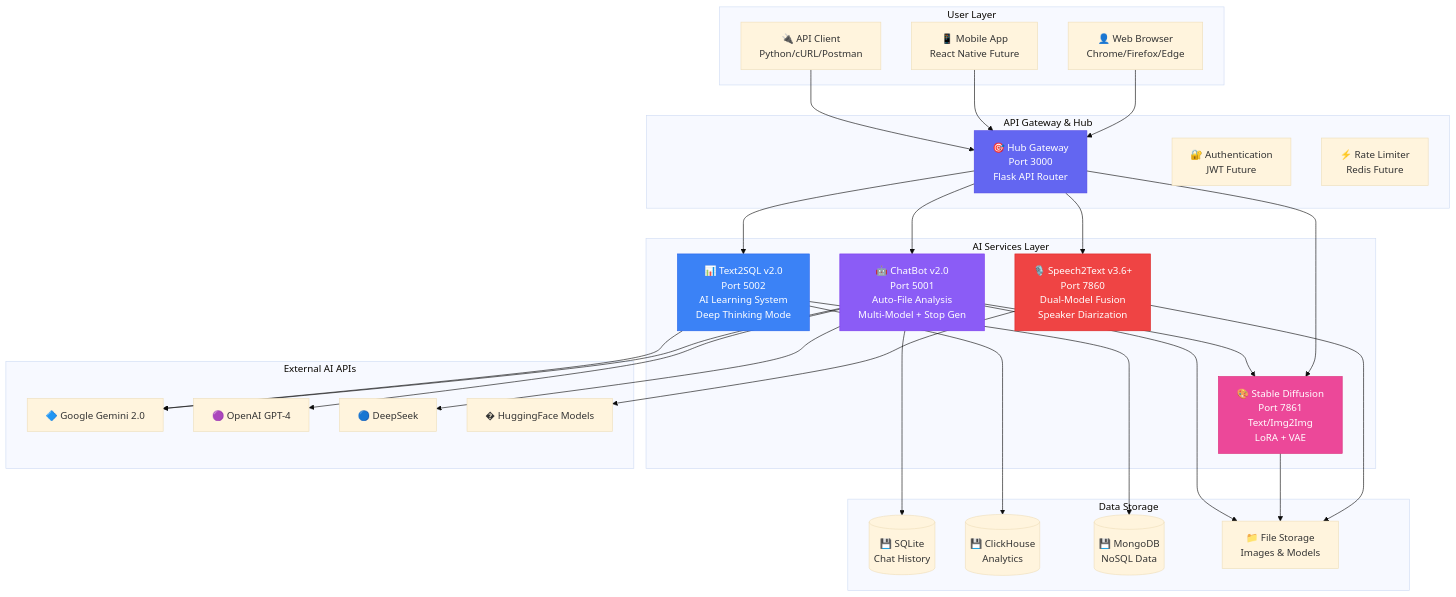
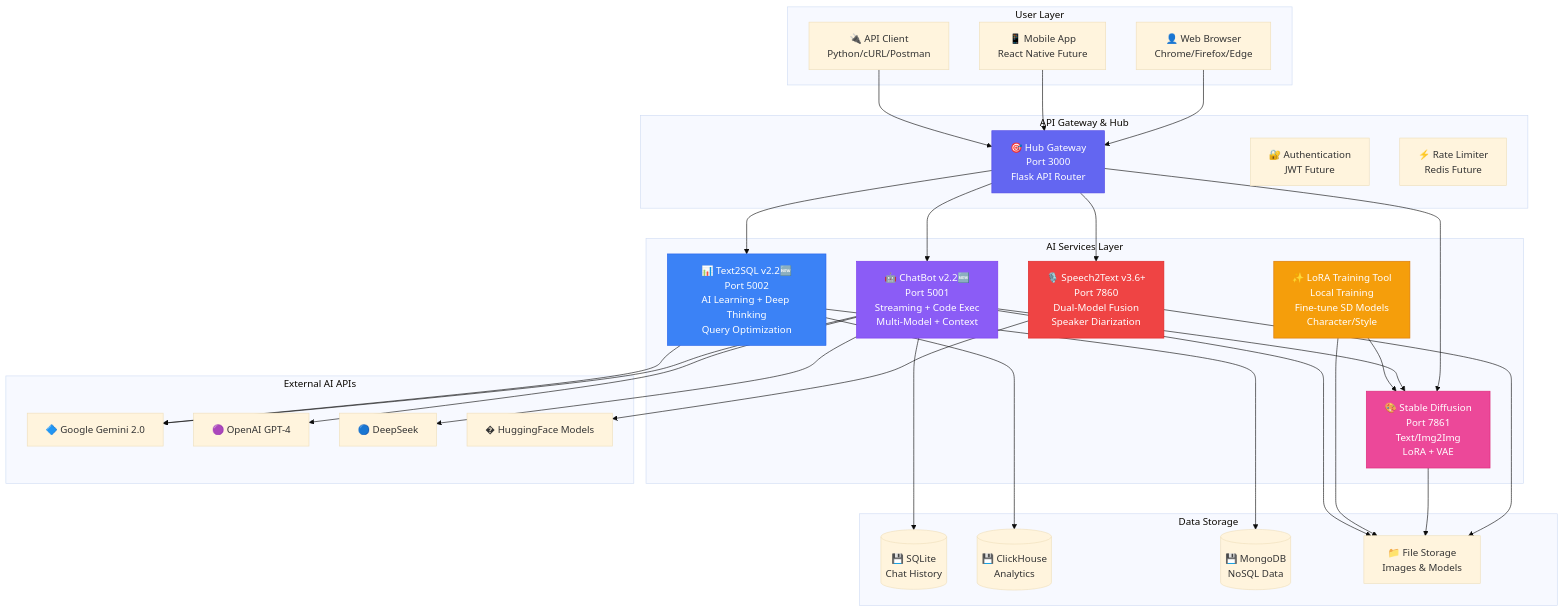
Before and after one commit to SkastVnT/AI-Assistant: the first of 16 diagrams in README.md, drawn with Mermaid (base theme). The commit also changed other lines of this file and 1 other file, not shown here.

First line of the commit message:
docs: Update to ChatBot v2.6 - Production Polish & Documentation

````diff
--- a/README.md
+++ b/README.md
@@ -147,67 +156,71 @@
 ```mermaid
 graph TB
     subgraph User Layer
     U1[👤 Web Browser<br/>Chrome/Firefox/Edge]
     U2[📱 Mobile App<br/>React Native Future]
     U3[🔌 API Client<br/>Python/cURL/Postman]
     end
     
     subgraph API Gateway & Hub
     HUB[🎯 Hub Gateway<br/>Port 3000<br/>Flask API Router]
     AUTH[🔐 Authentication<br/>JWT Future]
     LIMIT[⚡ Rate Limiter<br/>Redis Future]
     end
     
     subgraph AI Services Layer
-    CB[🤖 ChatBot v2.0<br/>Port 5001<br/>Auto-File Analysis<br/>Multi-Model + Stop Gen]
-    T2S[📊 Text2SQL v2.0<br/>Port 5002<br/>AI Learning System<br/>Deep Thinking Mode]
+    CB[🤖 ChatBot v2.2🆕<br/>Port 5001<br/>Streaming + Code Exec<br/>Multi-Model + Context]
+    T2S[📊 Text2SQL v2.2🆕<br/>Port 5002<br/>AI Learning + Deep Thinking<br/>Query Optimization]
     S2T[🎙️ Speech2Text v3.6+<br/>Port 7860<br/>Dual-Model Fusion<br/>Speaker Diarization]
     SD[🎨 Stable Diffusion<br/>Port 7861<br/>Text/Img2Img<br/>LoRA + VAE]
+    LORA[✨ LoRA Training Tool<br/>Local Training<br/>Fine-tune SD Models<br/>Character/Style]
     end
     
     subgraph External AI APIs
     API1[🔷 Google Gemini 2.0]
     API2[🟣 OpenAI GPT-4]
     API3[🔵 DeepSeek]
     API4[� HuggingFace Models]
     end
     
     subgraph Data Storage
     DB1[(💾 SQLite<br/>Chat History)]
     DB2[(💾 ClickHouse<br/>Analytics)]
     DB3[(💾 MongoDB<br/>NoSQL Data)]
     FS[📁 File Storage<br/>Images & Models]
     end
     
     U1 --> HUB
     U2 --> HUB
     U3 --> HUB
     
     HUB --> CB
     HUB --> T2S
     HUB --> S2T
     HUB --> SD
     
     CB --> API1
     CB --> API2
     CB --> API3
     CB --> SD
     
     T2S --> API1
     T2S --> DB2
     T2S --> DB3
     
     S2T --> API4
     S2T --> FS
     
     SD --> FS
+    LORA --> SD
+    LORA --> FS
     
     CB --> DB1
     CB --> FS
     
     style HUB fill:#6366F1,stroke:#4F46E5,color:#fff
     style CB fill:#8B5CF6,stroke:#7C3AED,color:#fff
     style T2S fill:#3B82F6,stroke:#2563EB,color:#fff
     style S2T fill:#EF4444,stroke:#DC2626,color:#fff
     style SD fill:#EC4899,stroke:#DB2777,color:#fff
+    style LORA fill:#F59E0B,stroke:#D97706,color:#fff
 ```
````
